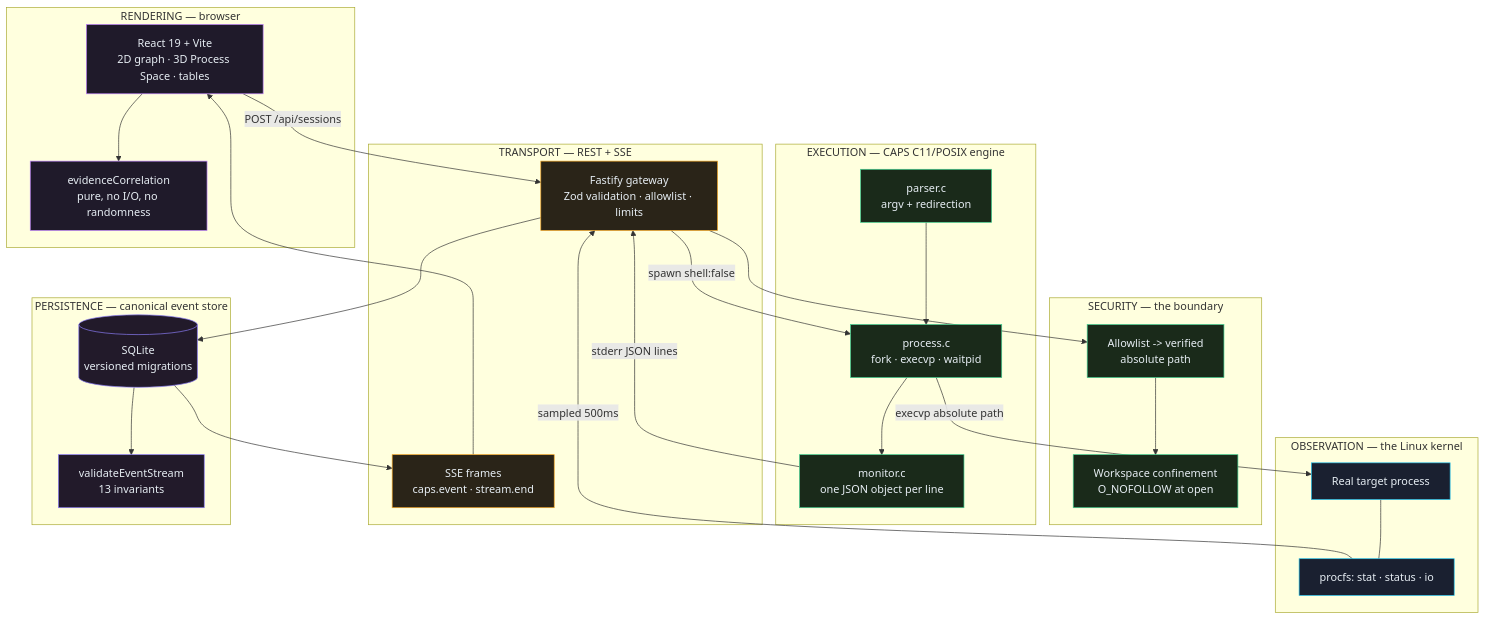
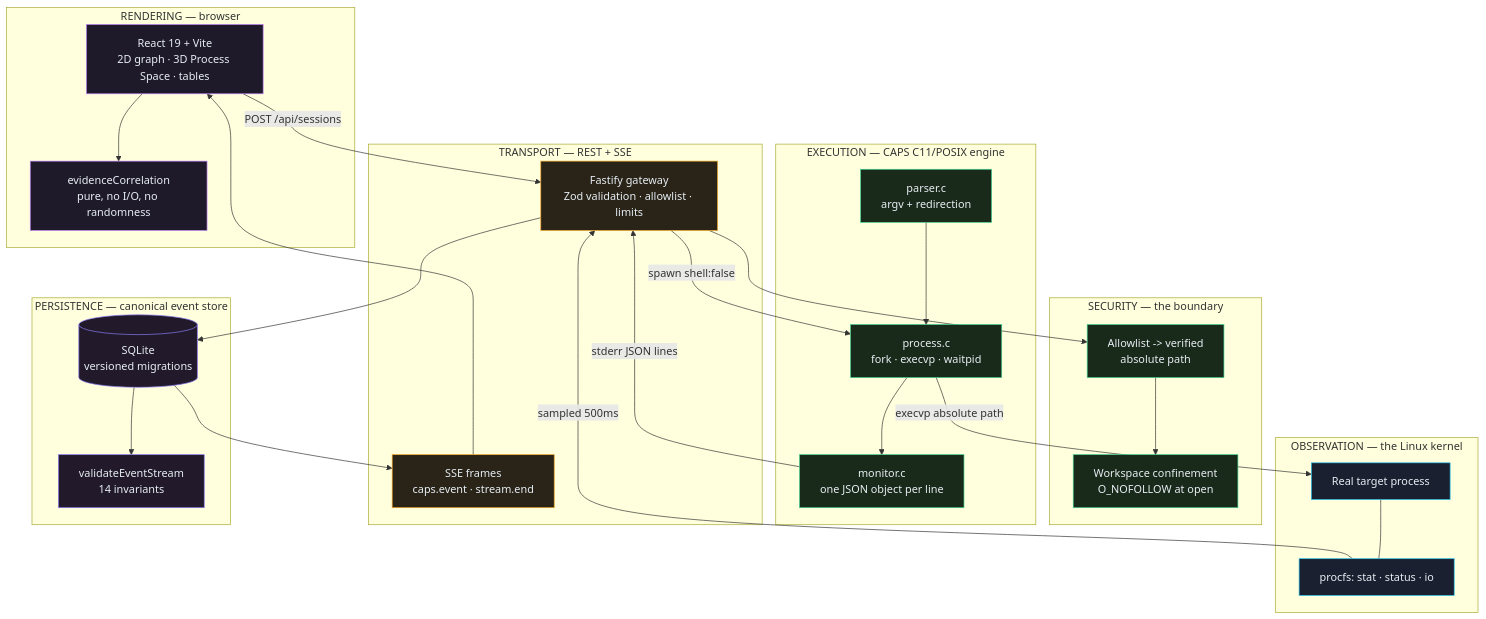
Before and after one commit to karkalashivareddy/Command-Argument-Passing-System: the diagram in README.md, drawn with Mermaid. The commit also changed other lines of this file and 8 other files, not shown here.

````diff
--- a/README.md
+++ b/README.md
@@ -79,57 +79,57 @@
 ```mermaid
 flowchart TD
     subgraph B["RENDERING — browser"]
         UI["React 19 + Vite<br/>2D graph · 3D Process Space · tables"]
         CORR["evidenceCorrelation<br/>pure, no I/O, no randomness"]
         UI --> CORR
     end
 
     subgraph T["TRANSPORT — REST + SSE"]
         GW["Fastify gateway<br/>Zod validation · allowlist · limits"]
         SSE["SSE frames<br/>caps.event · stream.end"]
     end
 
     subgraph S["SECURITY — the boundary"]
         ALLOW["Allowlist -&gt; verified<br/>absolute path"]
         WS["Workspace confinement<br/>O_NOFOLLOW at open"]
         GW --> ALLOW --> WS
     end
 
     subgraph E["EXECUTION — CAPS C11/POSIX engine"]
         PARSE["parser.c<br/>argv + redirection"]
         EXEC["process.c<br/>fork · execvp · waitpid"]
         MON["monitor.c<br/>one JSON object per line"]
         PARSE --> EXEC --> MON
     end
 
     subgraph K["OBSERVATION — the Linux kernel"]
         PROC["Real target process"]
         PROCFS["procfs: stat · status · io"]
         PROC --- PROCFS
     end
 
     subgraph P["PERSISTENCE — canonical event store"]
         DB[("SQLite<br/>versioned migrations")]
-        IDX["validateEventStream<br/>13 invariants"]
+        IDX["validateEventStream<br/>14 invariants"]
         DB --> IDX
     end
 
     UI -->|"POST /api/sessions"| GW
     GW -->|"spawn shell:false"| EXEC
     EXEC -->|"execvp absolute path"| PROC
     PROCFS -->|"sampled 500ms"| GW
     MON -->|"stderr JSON lines"| GW
     GW --> DB
     DB --> SSE --> UI
 
     classDef exec fill:#1a2a1a,stroke:#3ecf8e,color:#e6edf3
     classDef obs fill:#1a2030,stroke:#22c3ee,color:#e6edf3
     classDef pers fill:#221a2a,stroke:#8b7cf6,color:#e6edf3
     classDef trans fill:#2a2418,stroke:#f5a623,color:#e6edf3
     classDef rend fill:#1f1a2a,stroke:#c084fc,color:#e6edf3
     class ALLOW,WS,EXEC,PARSE,MON exec
     class PROC,PROCFS obs
     class DB,IDX pers
     class GW,SSE trans
     class UI,CORR rend
 ```
````
